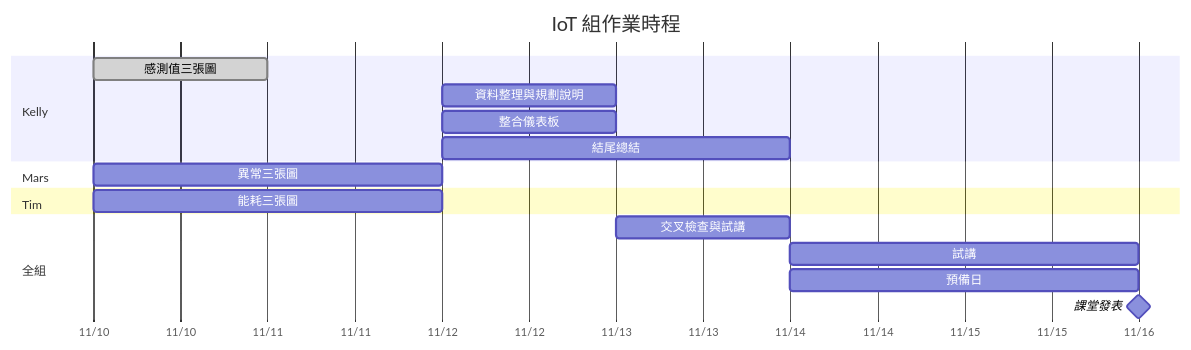
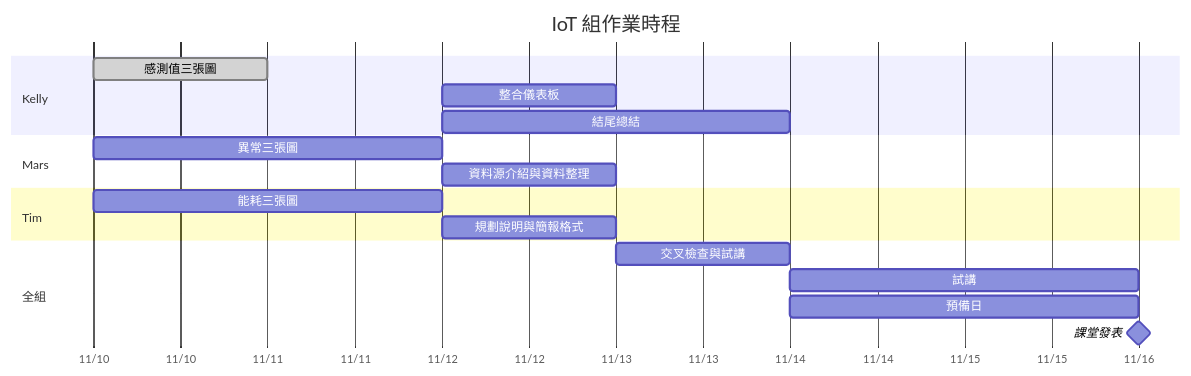
One commit to KellyChen413/iot-tableau-group changed the diagram in README.md. Above: the diagram before and after it, drawn with Mermaid.

Commit message:
README 甘特圖恢復原內容
Claude-Session: https://claude.ai/code/session_01CwzVjJhdCQjYpdrLjG13am

````diff
--- a/README.md
+++ b/README.md
@@ -80,20 +80,21 @@
 ```mermaid
 gantt
     title IoT 組作業時程
     dateFormat YYYY-MM-DD
     axisFormat %m/%d
     section Kelly
     感測值三張圖 :done, k1, 2026-11-10, 1d
-    資料整理與規劃說明 :k4, 2026-11-12, 1d
     整合儀表板 :k2, 2026-11-12, 1d
     結尾總結 :k3, 2026-11-12, 2d
     section Mars
     異常三張圖 :m1, 2026-11-10, 2d
+    資料源介紹與資料整理 :m2, 2026-11-12, 1d
     section Tim
     能耗三張圖 :t1, 2026-11-10, 2d
+    規劃說明與簡報格式 :t2, 2026-11-12, 1d
     section 全組
     交叉檢查與試講 :g1, 2026-11-13, 1d
     試講:g2, 2026-11-14, 2d
     預備日 :g2, 2026-11-14, 2d
     課堂發表 :milestone, g3, 2026-11-16, 0d
 ```
````
